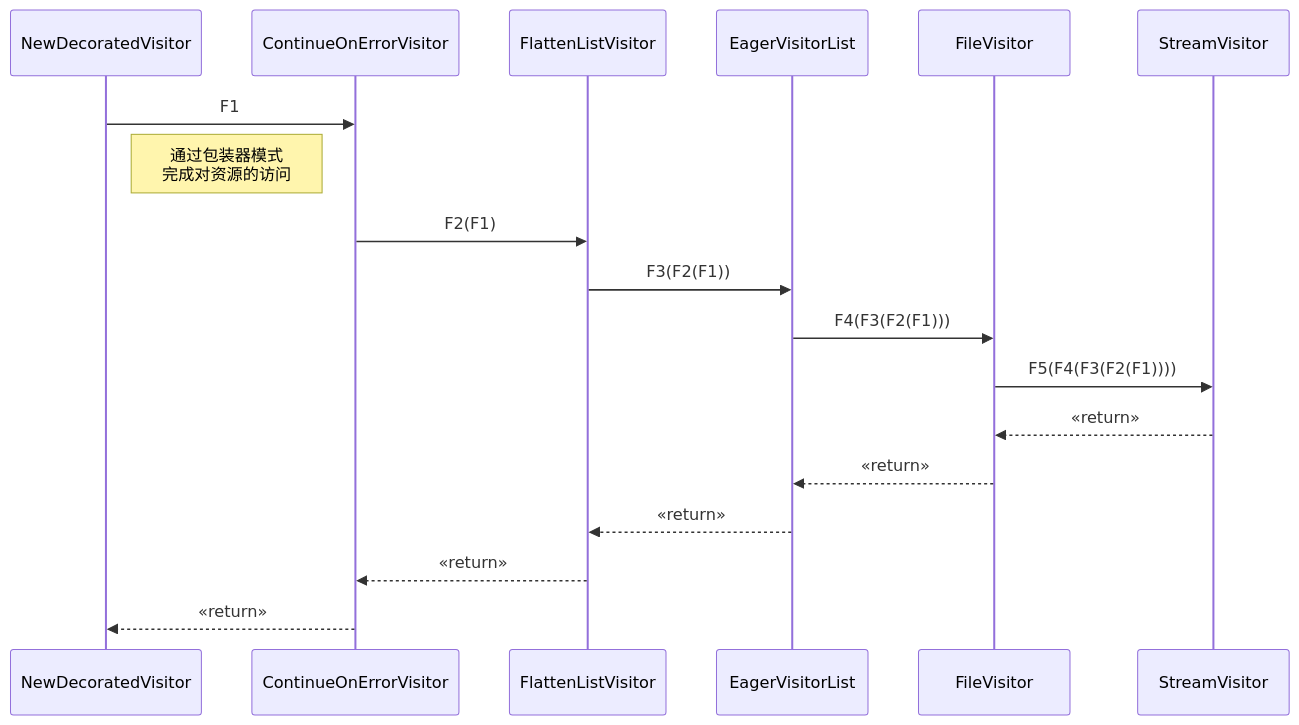
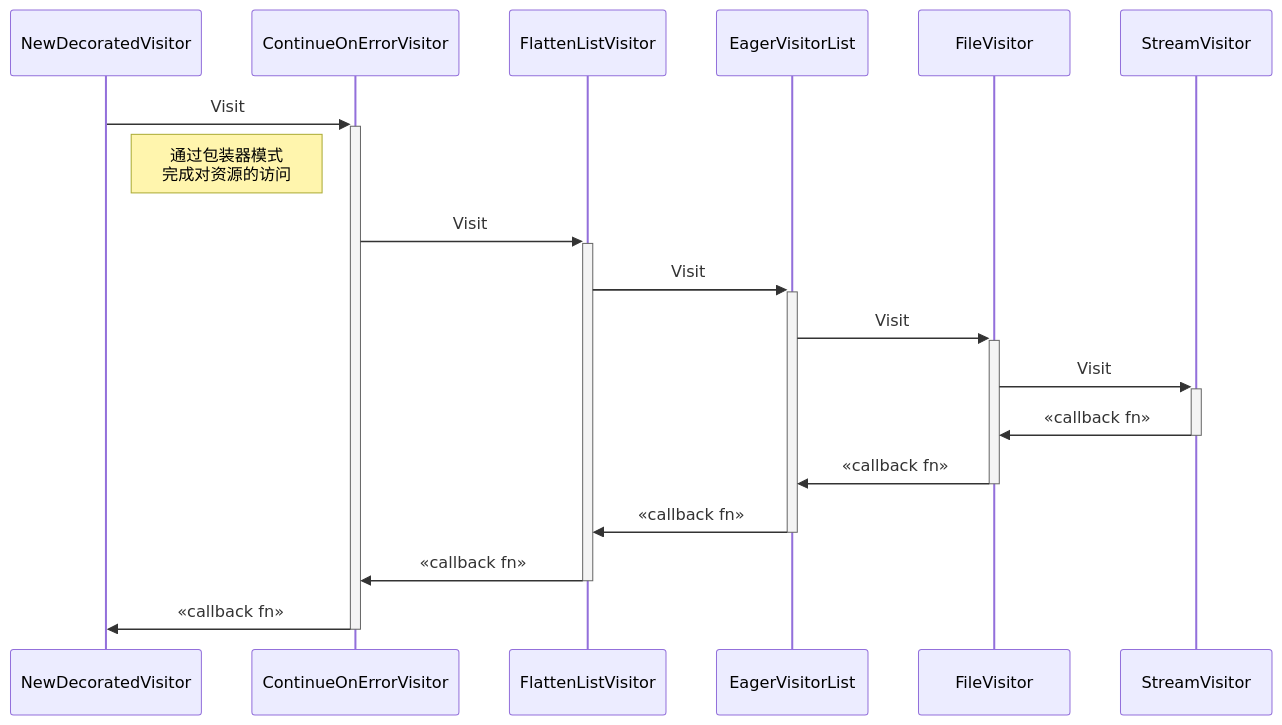
One commit to dchjmichael/k8s-study changed the diagram in kubectl create代码分析.md. Above: the diagram before and after it, drawn with Mermaid.

Commit message:
修改流程图

````diff
--- a/kubectl create代码分析.md
+++ b/kubectl create代码分析.md
@@ -232,14 +232,14 @@
 ```mermaid
 sequenceDiagram
-    NewDecoratedVisitor->>ContinueOnErrorVisitor: F1
+    NewDecoratedVisitor->>+ContinueOnErrorVisitor: Visit
 	Note right of NewDecoratedVisitor:通过包装器模式<br/>完成对资源的访问
-	ContinueOnErrorVisitor->>FlattenListVisitor: F2(F1)
-	FlattenListVisitor->>EagerVisitorList:F3(F2(F1))
-	EagerVisitorList->>FileVisitor:F4(F3(F2(F1)))
-	FileVisitor->>StreamVisitor:F5(F4(F3(F2(F1))))
-	StreamVisitor-->>FileVisitor: «return»
-	FileVisitor-->>EagerVisitorList: «return»
-	EagerVisitorList-->>FlattenListVisitor: «return»
-	FlattenListVisitor-->>ContinueOnErrorVisitor: «return»
-	ContinueOnErrorVisitor-->>NewDecoratedVisitor: «return»
+	ContinueOnErrorVisitor->>+FlattenListVisitor: Visit
+	FlattenListVisitor->>+EagerVisitorList:Visit
+	EagerVisitorList->>+FileVisitor:Visit
+	FileVisitor->>+StreamVisitor:Visit
+	StreamVisitor->>-FileVisitor: «callback fn»
+	FileVisitor->>-EagerVisitorList: «callback fn»
+	EagerVisitorList->>-FlattenListVisitor: «callback fn»
+	FlattenListVisitor->>-ContinueOnErrorVisitor: «callback fn»
+	ContinueOnErrorVisitor->>-NewDecoratedVisitor: «callback fn»
 ```
````
